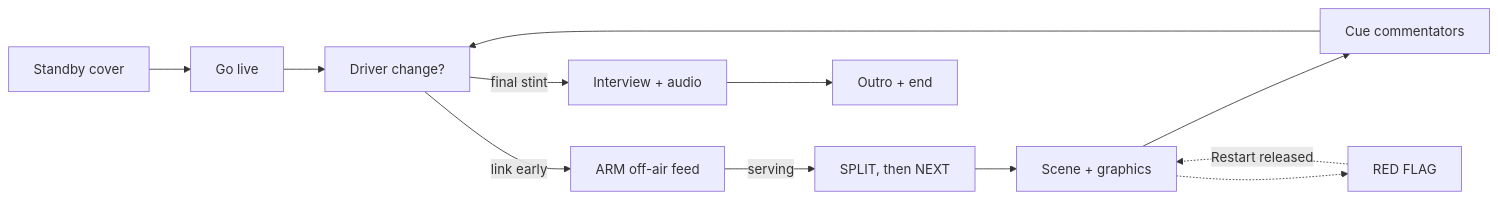
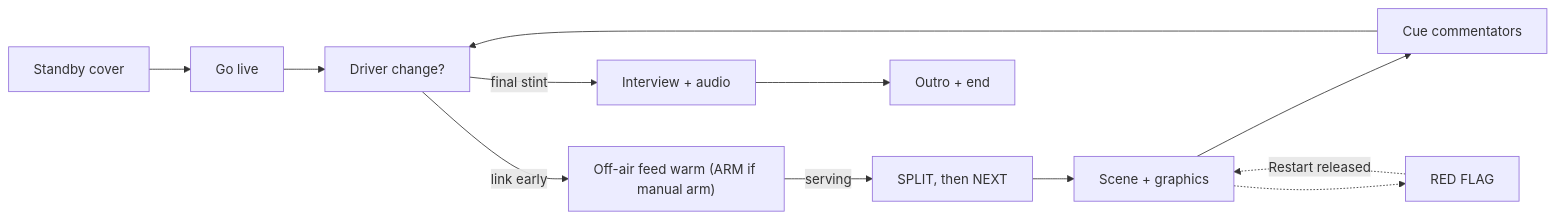
One commit to jegr78/gt-racing-broadcast changed the diagram in src/docs/slides/diagrams/director-event-flow.mmd. Above: the diagram before and after it, drawn with Mermaid. The commit also changed 47 other files, not shown here.

```diff
--- a/src/docs/slides/diagrams/director-event-flow.mmd
+++ b/src/docs/slides/diagrams/director-event-flow.mmd
@@ -1,12 +1,12 @@
 flowchart LR
   A["Standby cover"] --> B["Go live"]
   B --> C["Driver change?"]
-  C -->|link early| K["ARM off-air feed"]
+  C -->|link early| K["Off-air feed warm (ARM if manual arm)"]
   K -->|serving| S["SPLIT, then NEXT"]
   S --> E["Scene + graphics"]
   E --> F["Cue commentators"]
   F --> C
   C -->|final stint| G["Interview + audio"]
   G --> H["Outro + end"]
   E -.-> R["RED FLAG"]
   R -.->|Restart released| E
```
